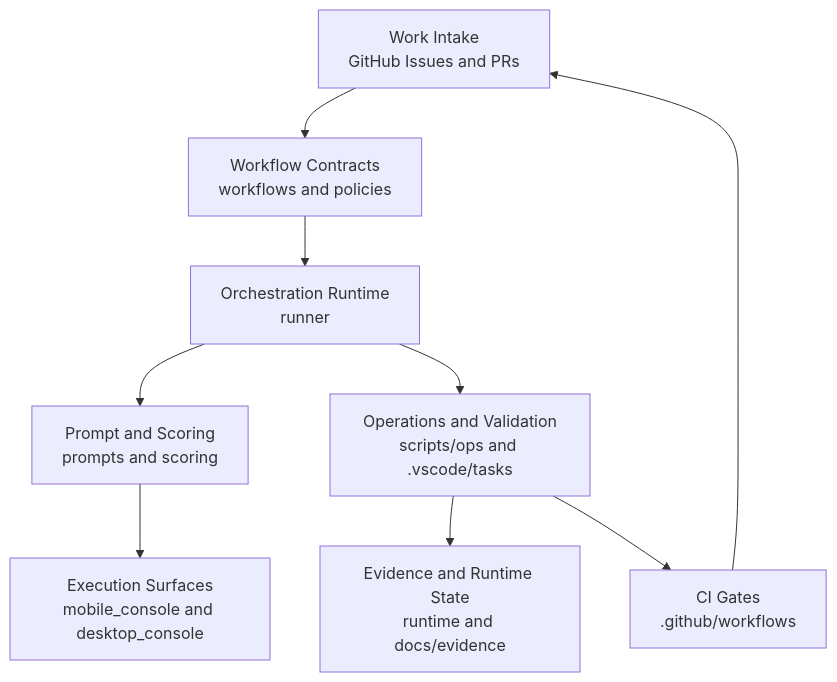
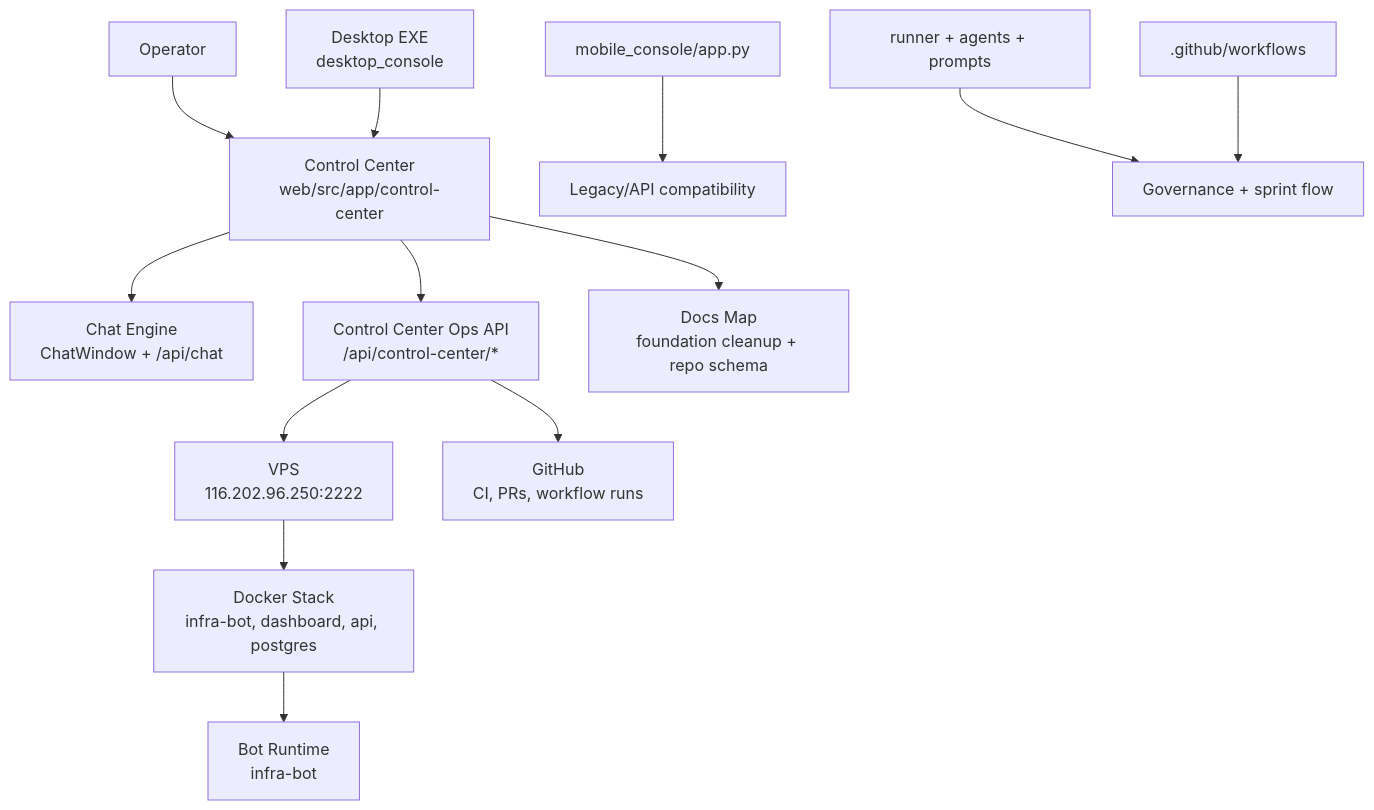
Before and after one commit to famatyyk/CTOAi: the first of 2 diagrams in docs/REPO_SCHEMA.md, drawn with Mermaid. The commit also changed other lines of this file and 47 other files, not shown here.

First line of the commit message:
[codex] build control center foundation (#172)

````diff
--- a/docs/REPO_SCHEMA.md
+++ b/docs/REPO_SCHEMA.md
@@ -9,11 +39,15 @@
 ```mermaid
 flowchart TD
-    A[Work Intake\nGitHub Issues and PRs] --> B[Workflow Contracts\nworkflows and policies]
-    B --> C[Orchestration Runtime\nrunner]
-    C --> D[Prompt and Scoring\nprompts and scoring]
-    D --> E[Execution Surfaces\nmobile_console and desktop_console]
-    C --> F[Operations and Validation\nscripts/ops and .vscode/tasks]
-    F --> G[Evidence and Runtime State\nruntime and docs/evidence]
-    F --> H[CI Gates\n.github/workflows]
-    H --> A
+    U[Operator] --> CC[Control Center\nweb/src/app/control-center]
+    CC --> CHAT[Chat Engine\nChatWindow + /api/chat]
+    CC --> OPSAPI[Control Center Ops API\n/api/control-center/*]
+    CC --> DOCS[Docs Map\nfoundation cleanup + repo schema]
+    DESK[Desktop EXE\ndesktop_console] --> CC
+    OPSAPI --> VPS[VPS\n116.202.96.250:2222]
+    OPSAPI --> GH[GitHub\nCI, PRs, workflow runs]
+    VPS --> DOCKER[Docker Stack\ninfra-bot, dashboard, api, postgres]
+    DOCKER --> BOT[Bot Runtime\ninfra-bot]
+    MOB[mobile_console/app.py] --> API[Legacy/API compatibility]
+    RUN[runner + agents + prompts] --> GOV[Governance + sprint flow]
+    CI[.github/workflows] --> GOV
 ```
````
